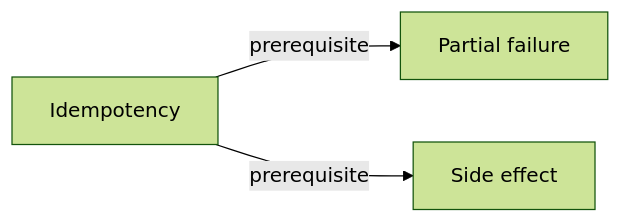
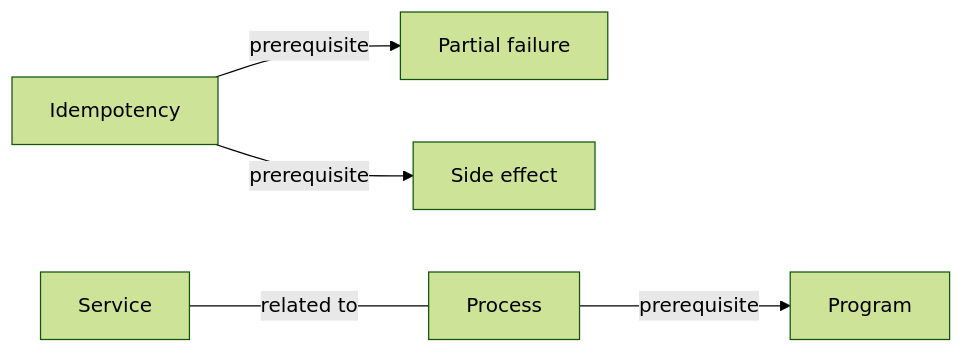
The diagram in maps/overview.md (FuqingZh/learning-lab), drawn with Mermaid (forest theme) before and after one commit. The commit also changed other lines of this file and 31 other files, not shown here.

First line of the commit message:
feat: add auditable evidence graph (#6)

````diff
--- a/maps/overview.md
+++ b/maps/overview.md
@@ -12,8 +12,13 @@
 ```mermaid
 flowchart LR
   idempotency["Idempotency"]
   partial_failure["Partial failure"]
+  process["Process"]
+  program["Program"]
+  service["Service"]
   side_effect["Side effect"]
   idempotency -->|prerequisite| partial_failure
   idempotency -->|prerequisite| side_effect
+  process -->|prerequisite| program
+  service ---|related to| process
 ```
````
